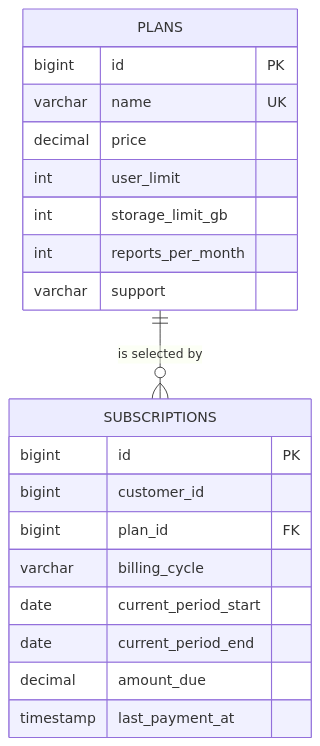
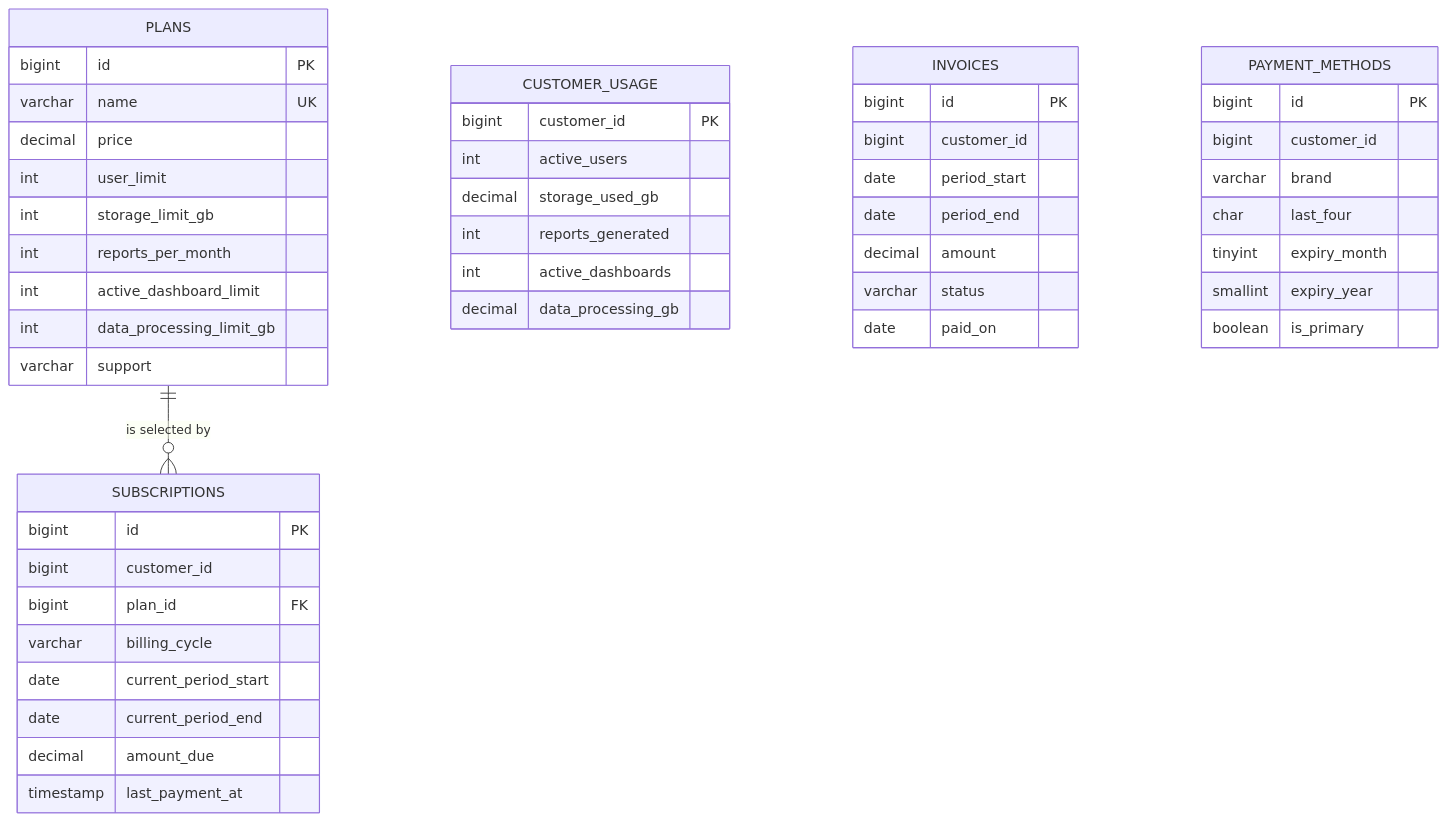
Before and after one commit to prathibha1nag/edabip-prathibha-api: the diagram in README.md, drawn with Mermaid. The commit also changed other lines of this file and 13 other files, not shown here.

````diff
--- a/README.md
+++ b/README.md
@@ -176,23 +203,51 @@
 ```mermaid
 erDiagram
     PLANS ||--o{ SUBSCRIPTIONS : "is selected by"
+    CUSTOMER_USAGE {
+        bigint customer_id PK
+        int active_users
+        decimal storage_used_gb
+        int reports_generated
+        int active_dashboards
+        decimal data_processing_gb
+    }
+    INVOICES {
+        bigint id PK
+        bigint customer_id
+        date period_start
+        date period_end
+        decimal amount
+        varchar status
+        date paid_on
+    }
+    PAYMENT_METHODS {
+        bigint id PK
+        bigint customer_id
+        varchar brand
+        char last_four
+        tinyint expiry_month
+        smallint expiry_year
+        boolean is_primary
+    }
     PLANS {
         bigint id PK
         varchar name UK
         decimal price
         int user_limit
         int storage_limit_gb
         int reports_per_month
+        int active_dashboard_limit
+        int data_processing_limit_gb
         varchar support
     }
     SUBSCRIPTIONS {
         bigint id PK
         bigint customer_id
         bigint plan_id FK
         varchar billing_cycle
         date current_period_start
         date current_period_end
         decimal amount_due
         timestamp last_payment_at
     }
 ```
````
